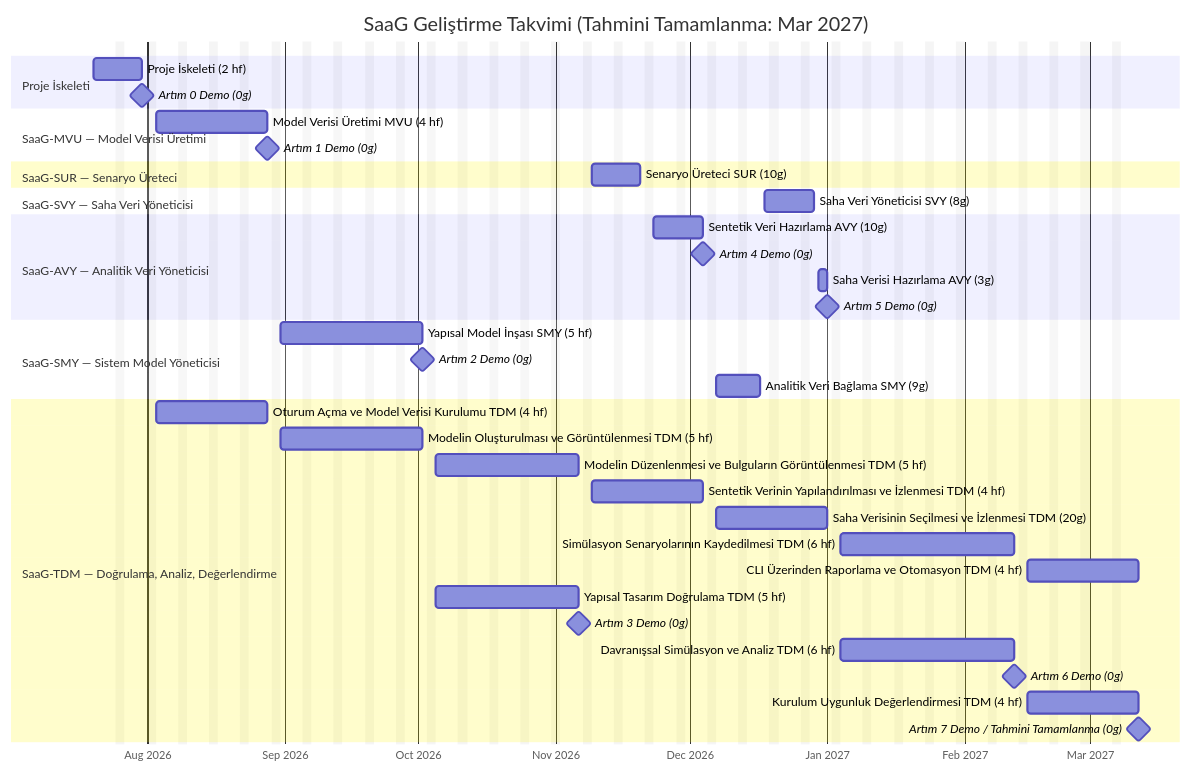
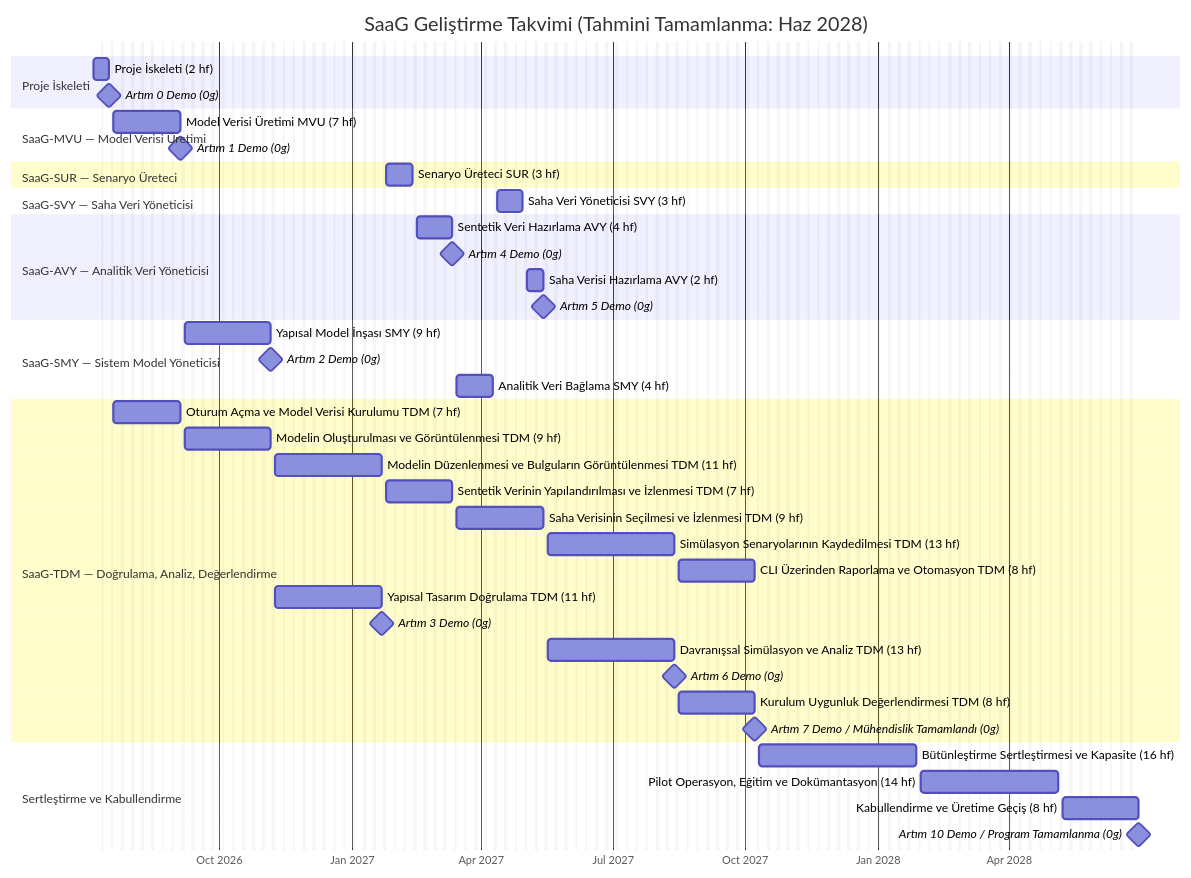
The diagram in docs/planning/SDP.tr.md (onuralpyigit/system-as-a-graph), drawn with Mermaid before and after one commit. The commit also changed other lines of this file and 2 other files, not shown here.

````diff
--- a/docs/planning/SDP.tr.md
+++ b/docs/planning/SDP.tr.md
@@ -298,48 +372,54 @@
 ```mermaid
 %%{init: { 'themeVariables': { 'excludeBkgColor': 'rgba(128,128,128,0.08)' } } }%%
 gantt
-    title SaaG Geliştirme Takvimi (Tahmini Tamamlanma: Mar 2027)
+    title SaaG Geliştirme Takvimi (Tahmini Tamamlanma: Haz 2028)
     dateFormat YYYY-MM-DD
     axisFormat %b %Y
     excludes weekends
 
     section Proje İskeleti
-    Proje İskeleti (2 hf)      :scaffold1, 2026-07-20, 2026-07-31
+    Proje İskeleti (2 hf)      :scaffold1, 2026-07-06, 2026-07-17
     Artım 0 Demo (0g)               :milestone, demo0, after scaffold1, 0d
 
     section SaaG-MVU — Model Verisi Üretimi
-    Model Verisi Üretimi MVU (4 hf)               :mvu, 2026-08-03, 2026-08-28
+    Model Verisi Üretimi MVU (7 hf)               :mvu, 2026-07-20, 2026-09-04
     Artım 1 Demo (0g)                                    :milestone, demo1, after mvu, 0d
 
     section SaaG-SUR — Senaryo Üreteci
-    Senaryo Üreteci SUR (10g)                       :scg, 2026-11-09, 2026-11-20
+    Senaryo Üreteci SUR (3 hf)                       :scg, 2027-01-25, 2027-02-12
 
     section SaaG-SVY — Saha Veri Yöneticisi
-    Saha Veri Yöneticisi SVY (8g)                    :svy, 2026-12-18, 2026-12-29
+    Saha Veri Yöneticisi SVY (3 hf)                    :svy, 2027-04-12, 2027-04-30
 
     section SaaG-AVY — Analitik Veri Yöneticisi
-    Sentetik Veri Hazırlama AVY (10g)          :adpa, 2026-11-23, 2026-12-04
+    Sentetik Veri Hazırlama AVY (4 hf)          :adpa, 2027-02-15, 2027-03-12
     Artım 4 Demo (0g)                                    :milestone, demo4, after adpa, 0d
-    Saha Verisi Hazırlama AVY (3g)                :adpb, 2026-12-30, 2027-01-01
+    Saha Verisi Hazırlama AVY (2 hf)                :adpb, 2027-05-03, 2027-05-14
     Artım 5 Demo (0g)                                    :milestone, demo5, after adpb, 0d
 
     section SaaG-SMY — Sistem Model Yöneticisi
-    Yapısal Model İnşası SMY (5 hf)                         :smy01, 2026-08-31, 2026-10-02
+    Yapısal Model İnşası SMY (9 hf)                         :smy01, 2026-09-07, 2026-11-06
     Artım 2 Demo (0g)                                    :milestone, demo2, after smy01, 0d
-    Analitik Veri Bağlama SMY (9g)                          :smy02, 2026-12-07, 2026-12-17
+    Analitik Veri Bağlama SMY (4 hf)                          :smy02, 2027-03-15, 2027-04-09
 
     section SaaG-TDM — Doğrulama, Analiz, Değerlendirme
-    Oturum Açma ve Model Verisi Kurulumu TDM (4 hf)        :vae01a, 2026-08-03, 2026-08-28
-    Modelin Oluşturulması ve Görüntülenmesi TDM (5 hf)               :vae01b, 2026-08-31, 2026-10-02
-    Modelin Düzenlenmesi ve Bulguların Görüntülenmesi TDM (5 hf)       :vae01c, 2026-10-05, 2026-11-06
-    Sentetik Verinin Yapılandırılması ve İzlenmesi TDM (4 hf) :vae01de, 2026-11-09, 2026-12-04
-    Saha Verisinin Seçilmesi ve İzlenmesi TDM (20g) :vae01f, 2026-12-07, 2027-01-01
-    Simülasyon Senaryolarının Kaydedilmesi TDM (6 hf)           :vae01g, 2027-01-04, 2027-02-12
-    CLI Üzerinden Raporlama ve Otomasyon TDM (4 hf)             :vae01h, 2027-02-15, 2027-03-12
-    Yapısal Tasarım Doğrulama TDM (5 hf)                   :vae02, 2026-10-05, 2026-11-06
+    Oturum Açma ve Model Verisi Kurulumu TDM (7 hf)        :vae01a, 2026-07-20, 2026-09-04
+    Modelin Oluşturulması ve Görüntülenmesi TDM (9 hf)               :vae01b, 2026-09-07, 2026-11-06
+    Modelin Düzenlenmesi ve Bulguların Görüntülenmesi TDM (11 hf)       :vae01c, 2026-11-09, 2027-01-22
+    Sentetik Verinin Yapılandırılması ve İzlenmesi TDM (7 hf) :vae01de, 2027-01-25, 2027-03-12
+    Saha Verisinin Seçilmesi ve İzlenmesi TDM (9 hf) :vae01f, 2027-03-15, 2027-05-14
+    Simülasyon Senaryolarının Kaydedilmesi TDM (13 hf)           :vae01g, 2027-05-17, 2027-08-13
+    CLI Üzerinden Raporlama ve Otomasyon TDM (8 hf)             :vae01h, 2027-08-16, 2027-10-08
+    Yapısal Tasarım Doğrulama TDM (11 hf)                   :vae02, 2026-11-09, 2027-01-22
     Artım 3 Demo (0g)                                    :milestone, demo3, after vae02, 0d
-    Davranışsal Simülasyon ve Analiz TDM (6 hf)             :vae03, 2027-01-04, 2027-02-12
+    Davranışsal Simülasyon ve Analiz TDM (13 hf)             :vae03, 2027-05-17, 2027-08-13
     Artım 6 Demo (0g)                                    :milestone, demo6, after vae03, 0d
-    Kurulum Uygunluk Değerlendirmesi TDM (4 hf)                 :vae04, 2027-02-15, 2027-03-12
-    Artım 7 Demo / Tahmini Tamamlanma (0g)             :milestone, completion, after vae04, 0d
+    Kurulum Uygunluk Değerlendirmesi TDM (8 hf)                 :vae04, 2027-08-16, 2027-10-08
+    Artım 7 Demo / Mühendislik Tamamlandı (0g)             :milestone, engdone, after vae04, 0d
+
+    section Sertleştirme ve Kabullendirme
+    Bütünleştirme Sertleştirmesi ve Kapasite (16 hf) :hard, 2027-10-11, 2028-01-28
+    Pilot Operasyon, Eğitim ve Dokümantasyon (14 hf) :pilot, 2028-01-31, 2028-05-05
+    Kabullendirme ve Üretime Geçiş (8 hf) :accept, 2028-05-08, 2028-06-30
+    Artım 10 Demo / Program Tamamlanma (0g)             :milestone, completion, after accept, 0d
 ```
````
